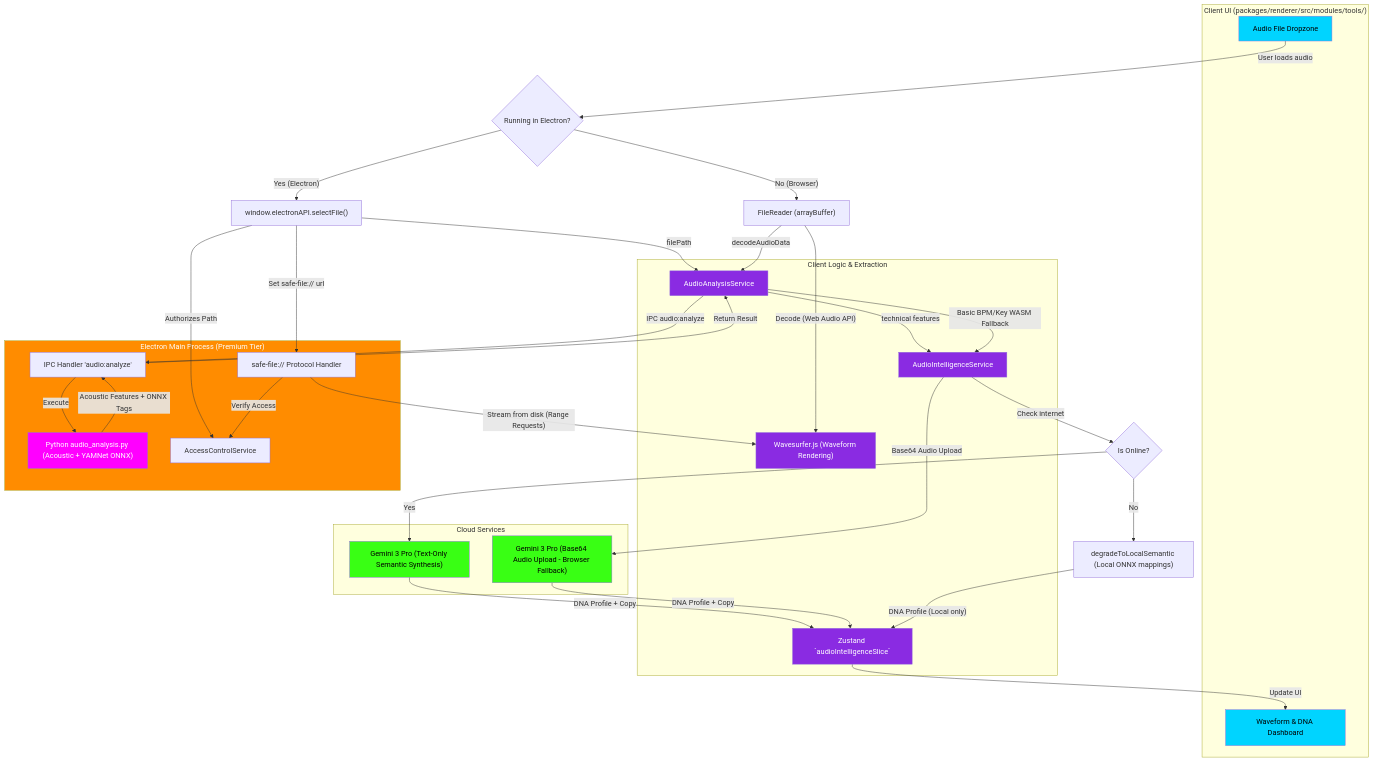
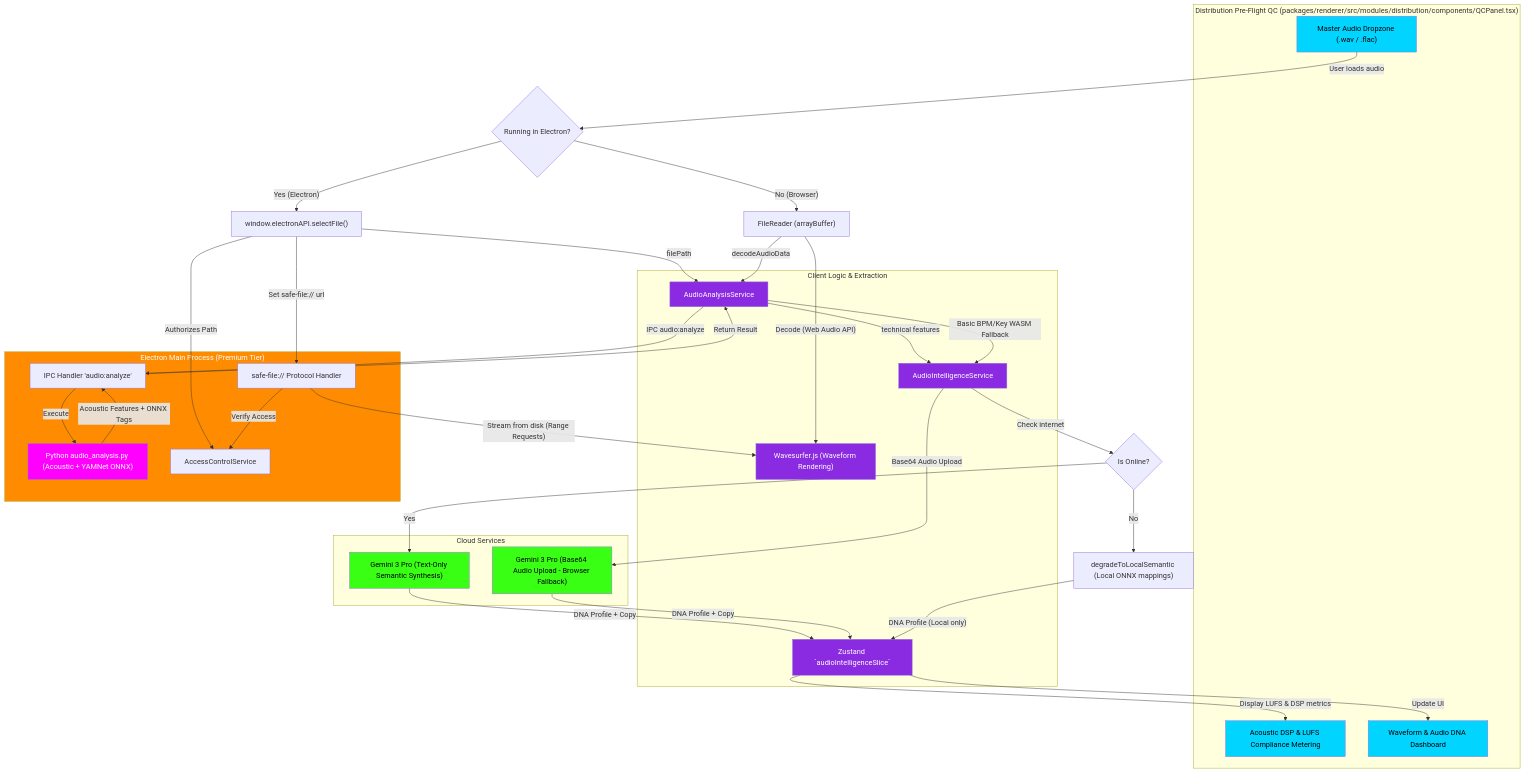
Before and after one commit to indii-music-founder/indii-music-founder: the diagram in docs/flowcharts/audio-intelligence-flow.md, drawn with Mermaid. The commit also changed other lines of this file and 40 other files, not shown here.

````diff
--- a/docs/flowcharts/audio-intelligence-flow.md
+++ b/docs/flowcharts/audio-intelligence-flow.md
@@ -5,76 +5,79 @@
 ```mermaid
 graph TD
     %% UI Components
-    subgraph UI ["Client UI (packages/renderer/src/modules/tools/)"]
-        Dropzone["Audio File Dropzone"]
-        Visualizer["Waveform & DNA Dashboard"]
+    subgraph UI ["Distribution Pre-Flight QC (packages/renderer/src/modules/distribution/components/QCPanel.tsx)"]
+        Dropzone["Master Audio Dropzone (.wav / .flac)"]
+        AcousticDSP["Acoustic DSP & LUFS Compliance Metering"]
+        Visualizer["Waveform & Audio DNA Dashboard"]
     end
 
     %% Client Services & Analysis
     subgraph ClientLogic ["Client Logic & Extraction"]
         AudioIntSlice["Zustand `audioIntelligenceSlice`"]
         Wavesurfer["Wavesurfer.js (Waveform Rendering)"]
         AudioAnalysisService["AudioAnalysisService"]
         AudioIntelligenceService["AudioIntelligenceService"]
     end
 
     %% Electron Main Process (Premium Tier)
     subgraph ElectronMain ["Electron Main Process (Premium Tier)"]
         IPCAnalyze["IPC Handler 'audio:analyze'"]
         SafeFile["safe-file:// Protocol Handler"]
         PythonAnalysis["Python audio_analysis.py (Acoustic + YAMNet ONNX)"]
         AccessControl["AccessControlService"]
     end
 
     %% Cloud AI Services
     subgraph CloudServices ["Cloud Services"]
         GeminiOnline["Gemini 3 Pro (Text-Only Semantic Synthesis)"]
         GeminiBase64["Gemini 3 Pro (Base64 Audio Upload - Browser Fallback)"]
     end
 
     %% Transitions - Ingestion
     Dropzone -->|"User loads audio"| EnvCheck{Running in Electron?}
     
     %% Electron Path
     EnvCheck -->|"Yes (Electron)"| SelectFile["window.electronAPI.selectFile()"]
     SelectFile -->|"Authorizes Path"| AccessControl
     SelectFile -->|"Set safe-file:// url"| SafeFile
     SafeFile -->|"Verify Access"| AccessControl
     SafeFile -->|"Stream from disk (Range Requests)"| Wavesurfer
     
     SelectFile -->|"filePath"| AudioAnalysisService
     AudioAnalysisService -->|"IPC audio:analyze"| IPCAnalyze
     IPCAnalyze -->|"Execute"| PythonAnalysis
     PythonAnalysis -->|"Acoustic Features + ONNX Tags"| IPCAnalyze
     IPCAnalyze -->|"Return Result"| AudioAnalysisService
     
     AudioAnalysisService -->|"technical features"| AudioIntelligenceService
     AudioIntelligenceService -->|"Check internet"| NetCheck{Is Online?}
     NetCheck -->|"Yes"| GeminiOnline
     NetCheck -->|"No"| OfflineFallback["degradeToLocalSemantic (Local ONNX mappings)"]
 
     %% Browser Path
     EnvCheck -->|"No (Browser)"| BrowserRead["FileReader (arrayBuffer)"]
     BrowserRead -->|"Decode (Web Audio API)"| Wavesurfer
     BrowserRead -->|"decodeAudioData"| AudioAnalysisService
     AudioAnalysisService -->|"Basic BPM/Key WASM Fallback"| AudioIntelligenceService
     AudioIntelligenceService -->|"Base64 Audio Upload"| GeminiBase64
 
     %% Common output
     GeminiOnline -->|"DNA Profile + Copy"| AudioIntSlice
     GeminiBase64 -->|"DNA Profile + Copy"| AudioIntSlice
     OfflineFallback -->|"DNA Profile (Local only)"| AudioIntSlice
     AudioIntSlice -->|"Update UI"| Visualizer
+    AudioIntSlice -->|"Display LUFS & DSP metrics"| AcousticDSP
 
     %% Styling
     style Dropzone fill:#00D4FF,color:#000
+    style AcousticDSP fill:#00D4FF,color:#000
     style Visualizer fill:#00D4FF,color:#000
     style AudioIntSlice fill:#8A2BE2,color:#FFF
     style Wavesurfer fill:#8A2BE2,color:#FFF
     style AudioAnalysisService fill:#8A2BE2,color:#FFF
     style AudioIntelligenceService fill:#8A2BE2,color:#FFF
     style ElectronMain fill:#FF8C00,color:#FFF
     style PythonAnalysis fill:#FF00FF,color:#FFF
     style GeminiOnline fill:#39FF14,color:#000
     style GeminiBase64 fill:#39FF14,color:#000
 ```
````
